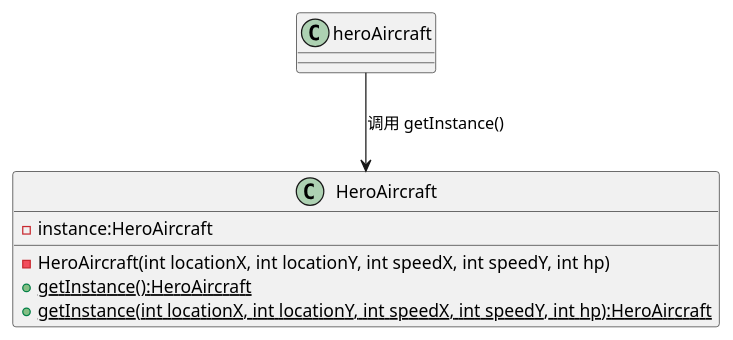
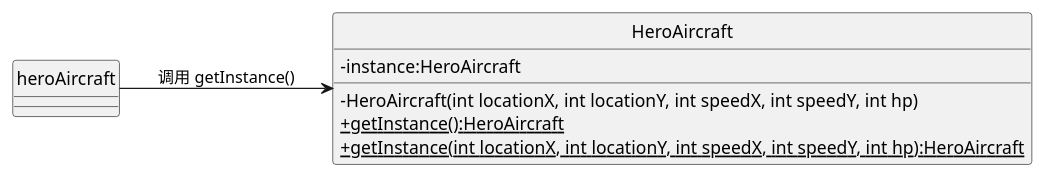
One commit to go1112/AircraftWar changed the diagram in uml/Single.puml. Above: the diagram before and after it, drawn with PlantUML. The commit also changed 3 other files, not shown here.

Commit message:
新建简单工厂模式uml图 SimpleFactory.puml 完善单例模式uml图 Single.puml

```diff
--- a/uml/Single.puml
+++ b/uml/Single.puml
@@ -1,11 +1,14 @@
 @startuml
+skinparam classAttributeIconSize 0
+skinparam Style strictuml
+left to right direction
 ' 单例模式在HeroAircraft中的应用
 class HeroAircraft{
     - instance:HeroAircraft
     - HeroAircraft(int locationX, int locationY, int speedX, int speedY, int hp) 
     + {static} getInstance():HeroAircraft
     + {static} getInstance(int locationX, int locationY, int speedX, int speedY, int hp):HeroAircraft
    }
 heroAircraft --> HeroAircraft : 调用 getInstance()
 
 @enduml
```
